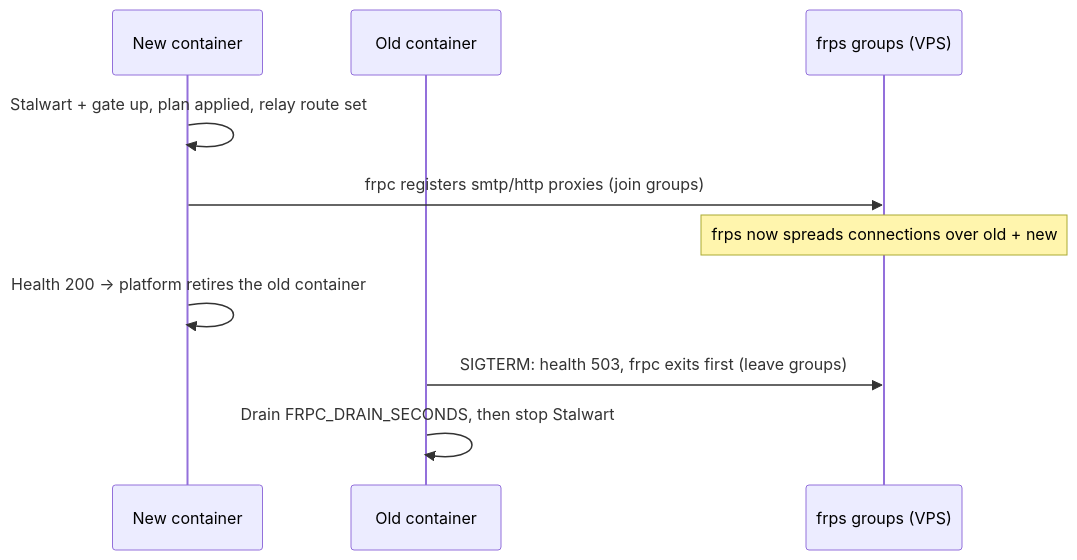
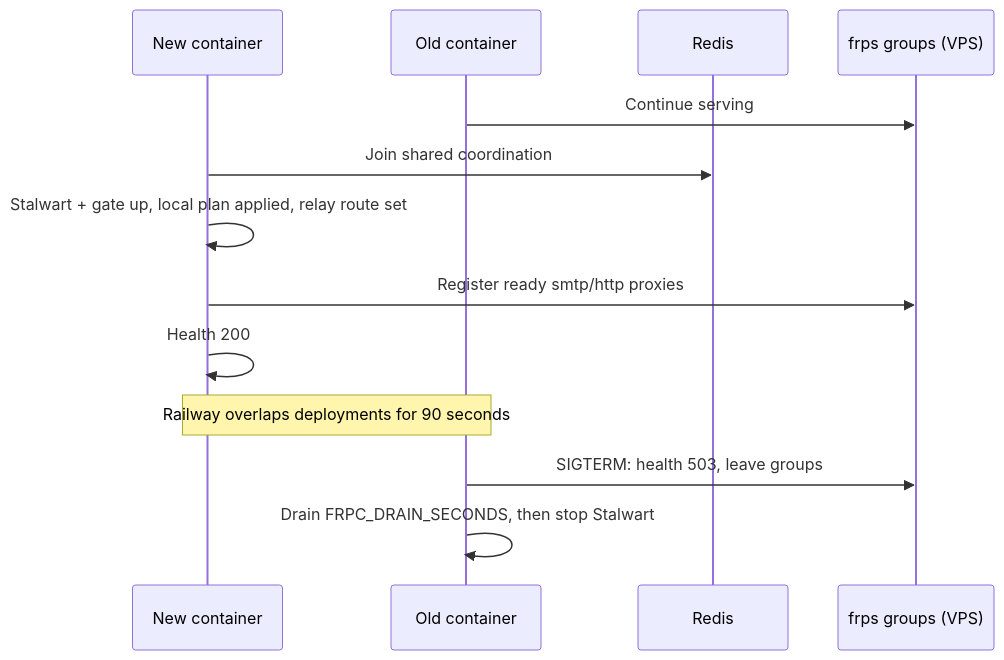
The fourth of 4 diagrams in apps/stalwart/README.md (IIRoan/rocal), drawn with Mermaid before and after one commit. The commit also changed other lines of this file and 26 other files, not shown here.

Commit message:
Upgrade Stalwart to 1.0 with Redis-coordinated rolling deployments

````diff
--- a/apps/stalwart/README.md
+++ b/apps/stalwart/README.md
@@ -149,13 +159,16 @@
 ```mermaid
 sequenceDiagram
     participant N as New container
     participant O as Old container
+    participant R as Redis
     participant F as frps groups (VPS)
 
-    N->>N: Stalwart + gate up, plan applied, relay route set
-    N->>F: frpc registers smtp/http proxies (join groups)
-    Note over F: frps now spreads connections over old + new
-    N->>N: Health 200 → platform retires the old container
-    O->>F: SIGTERM: health 503, frpc exits first (leave groups)
+    O->>F: Continue serving
+    N->>R: Join shared coordination
+    N->>N: Stalwart + gate up, local plan applied, relay route set
+    N->>F: Register ready smtp/http proxies
+    N->>N: Health 200
+    Note over O,N: Railway overlaps deployments for 90 seconds
+    O->>F: SIGTERM: health 503, leave groups
     O->>O: Drain FRPC_DRAIN_SECONDS, then stop Stalwart
 ```
````
